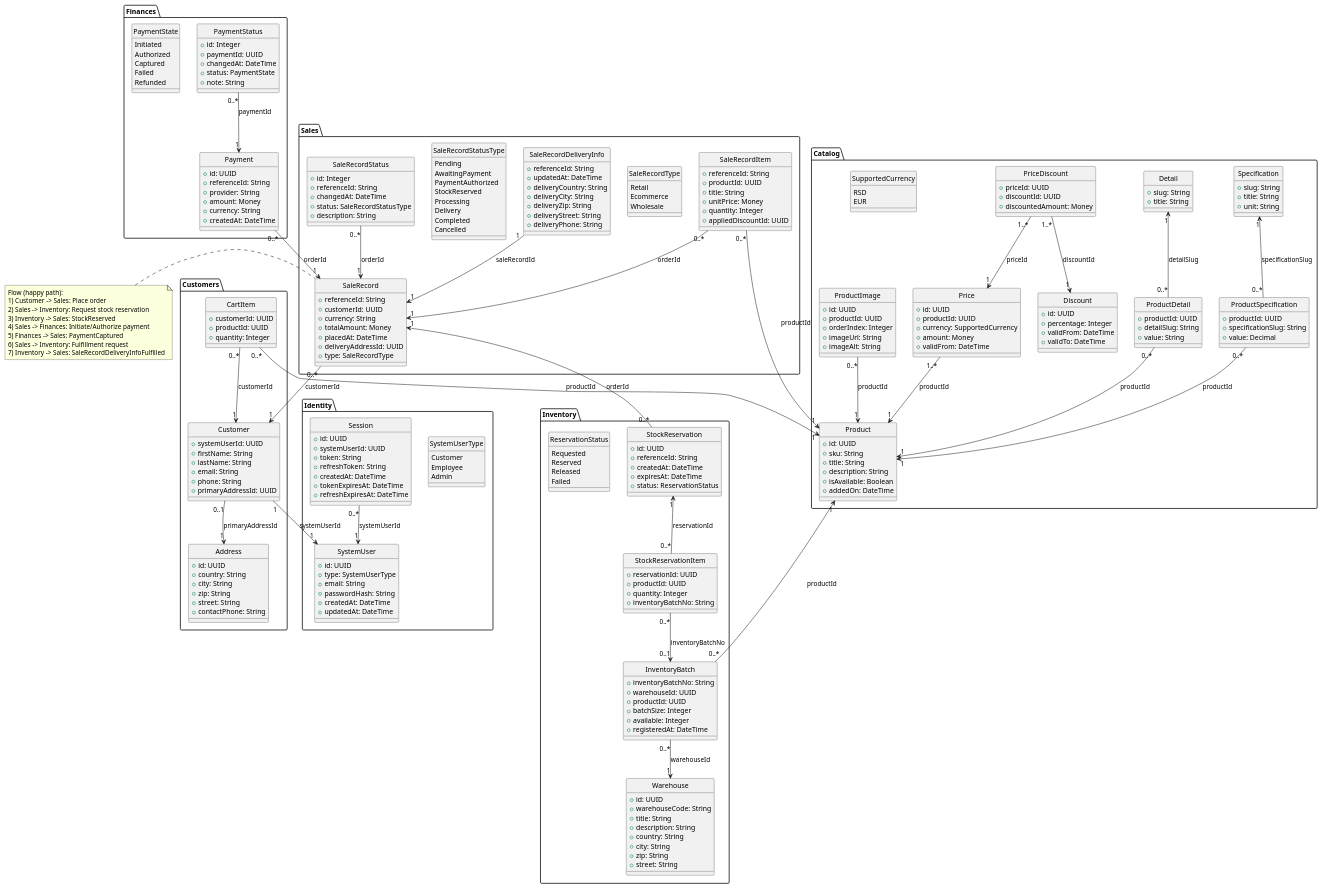
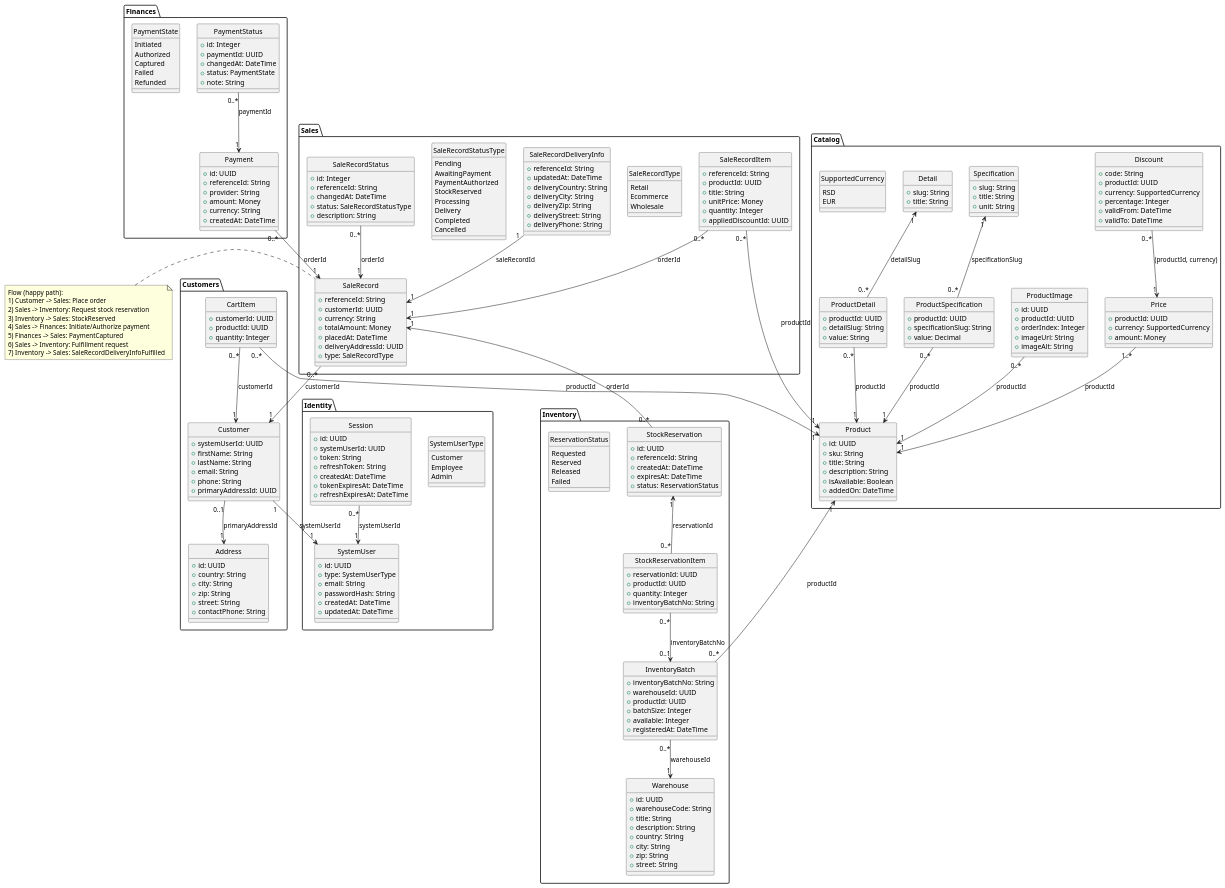
The diagram in docs/Matterway HLD: Class Diagram - Platform Overview.puml (draganovik/matterway), drawn with PlantUML before and after one commit. The commit also changed 23 other files, not shown here.

```diff
--- a/docs/Matterway HLD: Class Diagram - Platform Overview.puml
+++ b/docs/Matterway HLD: Class Diagram - Platform Overview.puml
@@ -35,24 +35,18 @@
 
 package "Catalog" {
   class Discount {
-    +id: UUID
+    +code: String
+    +productId: UUID
+    +currency: SupportedCurrency
     +percentage: Integer
     +validFrom: DateTime
     +validTo: DateTime
   }
 
-  class PriceDiscount {
-    +priceId: UUID
-    +discountId: UUID
-    +discountedAmount: Money
-  }
-
   class Price {
-    +id: UUID
     +productId: UUID
     +currency: SupportedCurrency
     +amount: Money
-    +validFrom: DateTime
   }
 
   enum SupportedCurrency {
@@ -273,8 +267,7 @@
 
 ' Catalog
 Price "1..*" --> "1" Product : productId
-PriceDiscount "1..*" --> "1" Price : priceId
-PriceDiscount "1..*" --> "1" Discount : discountId
+Discount "0..*" --> "1" Price : (productId, currency)
 ProductDetail "0..*" --> "1" Product : productId
 ProductDetail "0..*" -up-> "1" Detail : detailSlug
 ProductSpecification "0..*" --> "1" Product : productId
```
